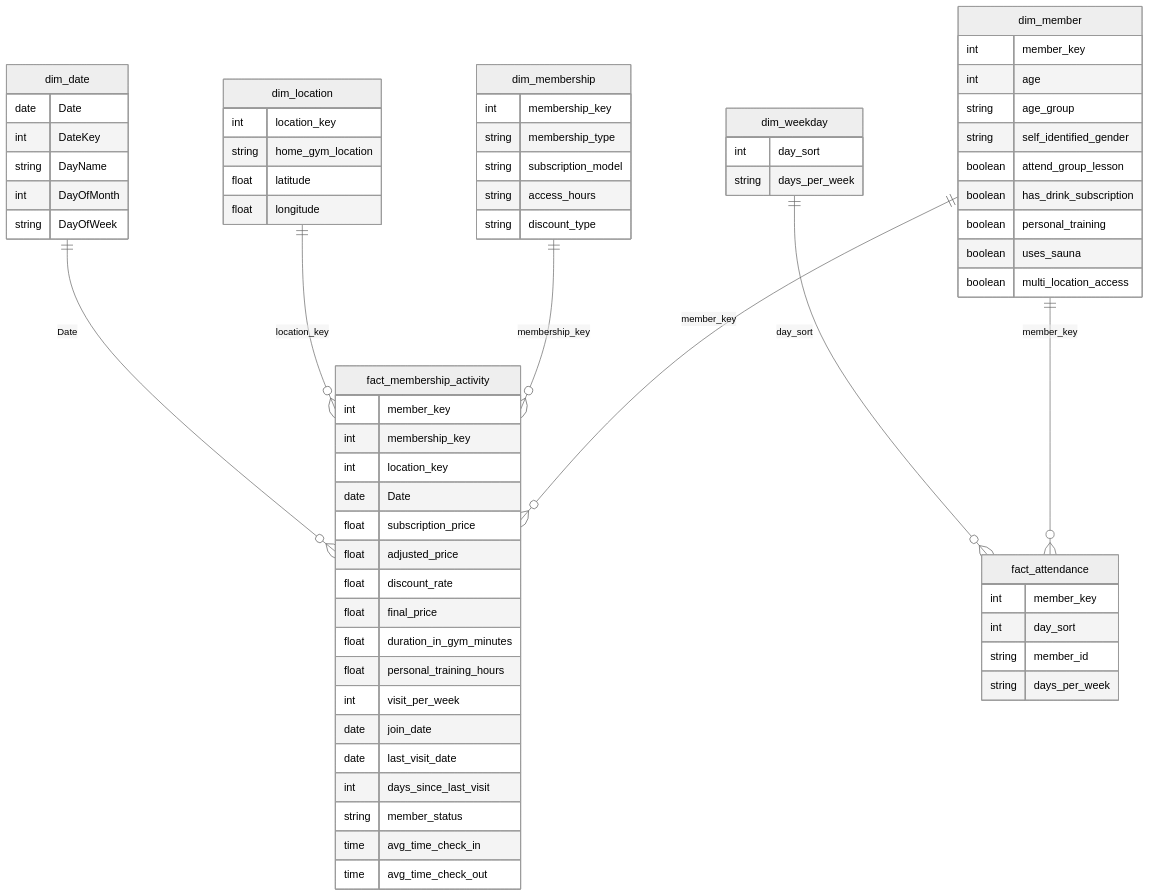
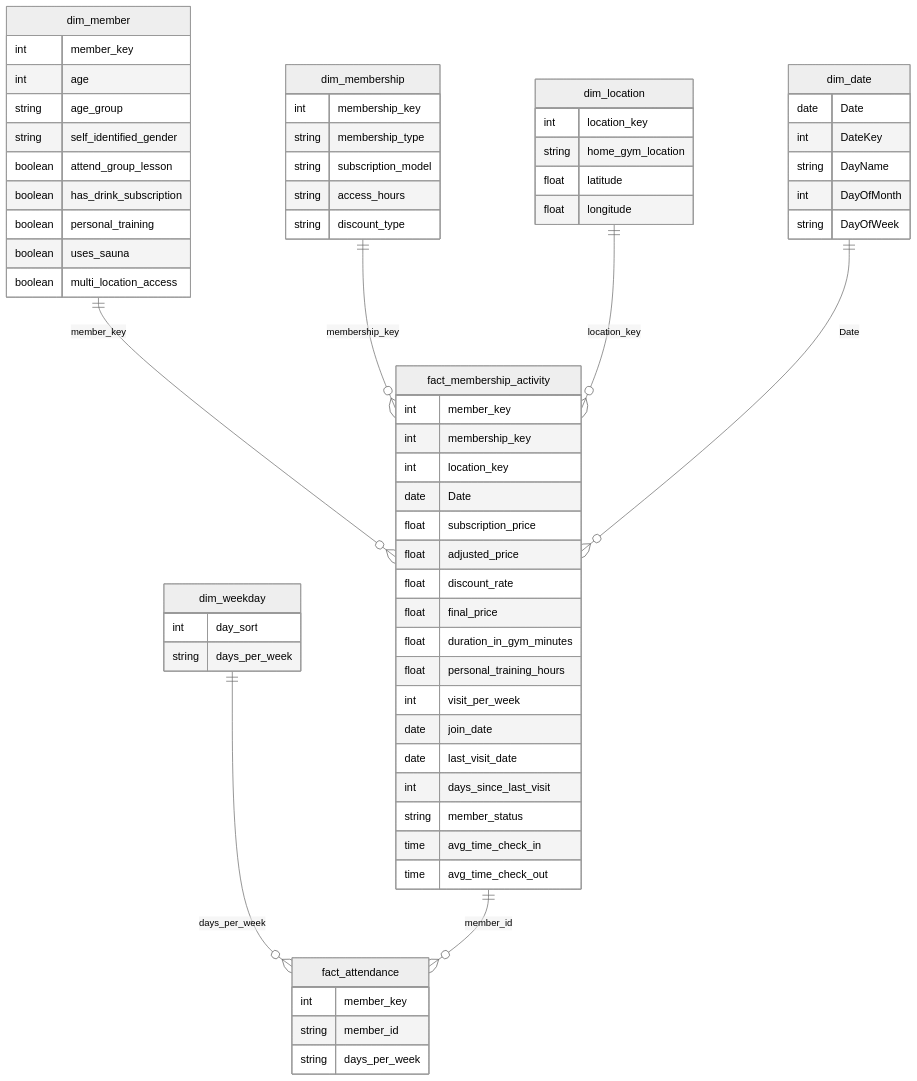
One commit to daominhthuan42/kaggle-portfolio changed the diagram in 43-fintech-project/README.md. Above: the diagram before and after it, drawn with Mermaid (neutral theme). The commit also changed 1 other file, not shown here.

```diff
--- a/43-fintech-project/README.md
+++ b/43-fintech-project/README.md
@@ -371,8 +371,8 @@
     dim_location ||--o{ fact_membership_activity : "location_key"
     dim_date ||--o{ fact_membership_activity : "Date"
 
-    dim_member ||--o{ fact_attendance : "member_key"
-    dim_weekday ||--o{ fact_attendance : "day_sort"
+    dim_weekday ||--o{ fact_attendance : "days_per_week"
+    fact_membership_activity ||--o{ fact_attendance : "member_id"
 
     dim_member {
         int member_key
@@ -441,7 +441,6 @@
 
     fact_attendance {
         int member_key
-        int day_sort
         string member_id
         string days_per_week
     }
```
